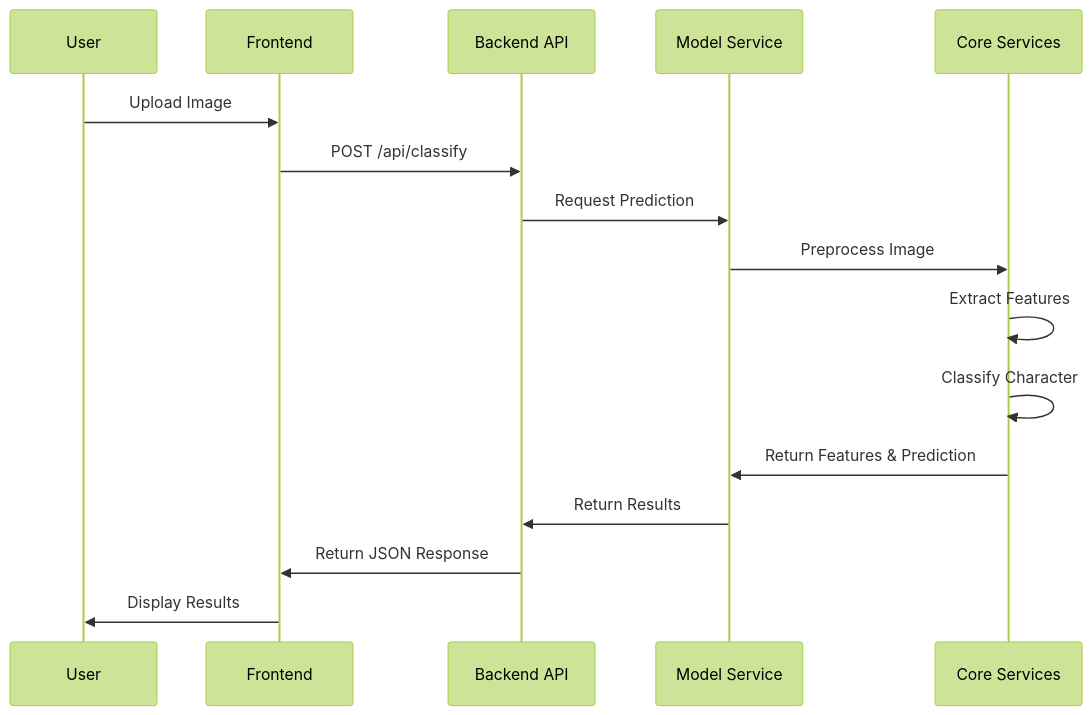
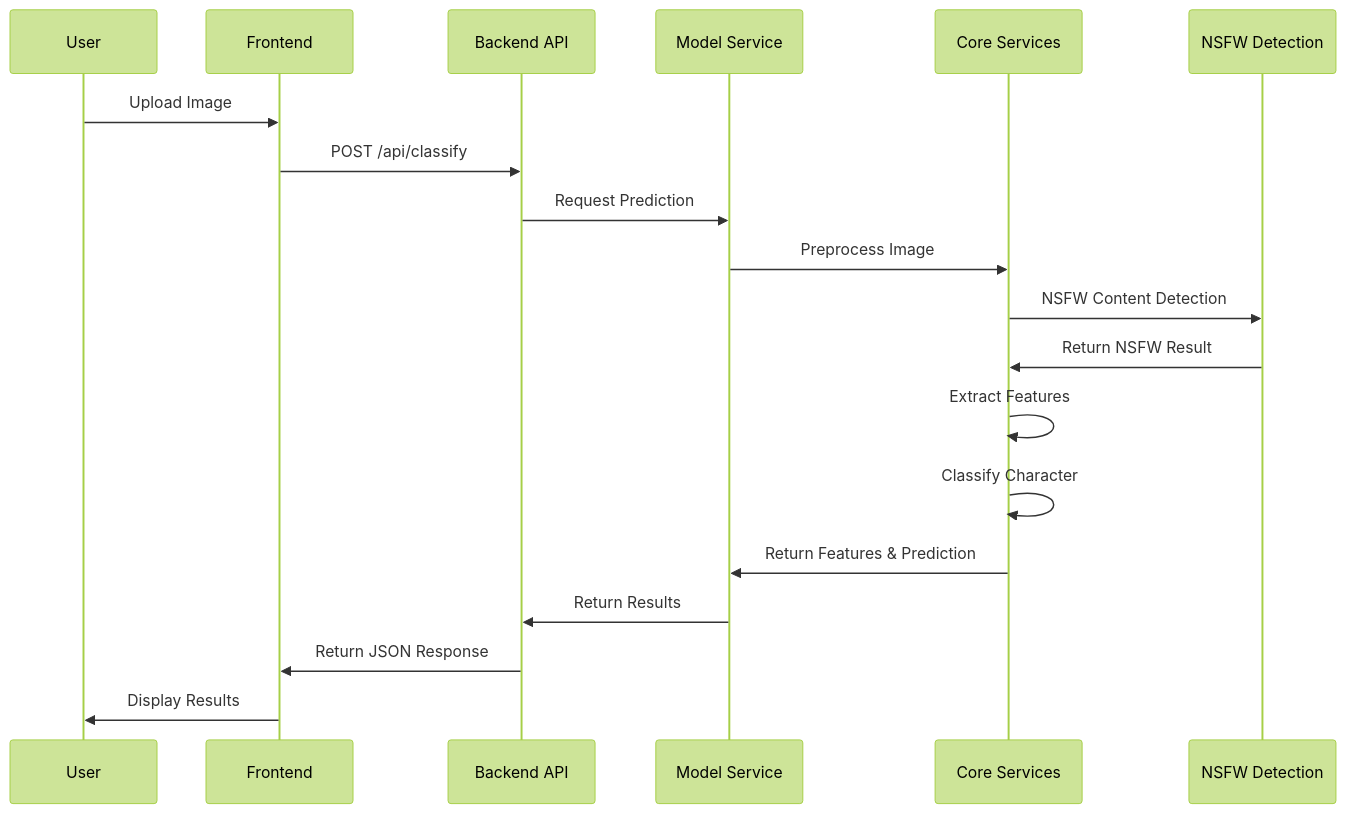
Before and after one commit to caozhaoqi/anime_role_detect: the second of 2 diagrams in README.md, drawn with Mermaid (forest theme). The commit also changed other lines of this file and 1 other file, not shown here.

````diff
--- a/README.md
+++ b/README.md
@@ -163,19 +171,22 @@
 ```mermaid
 sequenceDiagram
     participant User as User
     participant Frontend as Frontend
     participant API as Backend API
     participant ModelService as Model Service
     participant Core as Core Services
+    participant NSFW as NSFW Detection
     
     User->>Frontend: Upload Image
     Frontend->>API: POST /api/classify
     API->>ModelService: Request Prediction
     ModelService->>Core: Preprocess Image
+    Core->>NSFW: NSFW Content Detection
+    NSFW->>Core: Return NSFW Result
     Core->>Core: Extract Features
     Core->>Core: Classify Character
     Core->>ModelService: Return Features & Prediction
     ModelService->>API: Return Results
     API->>Frontend: Return JSON Response
     Frontend->>User: Display Results
 ```
````
